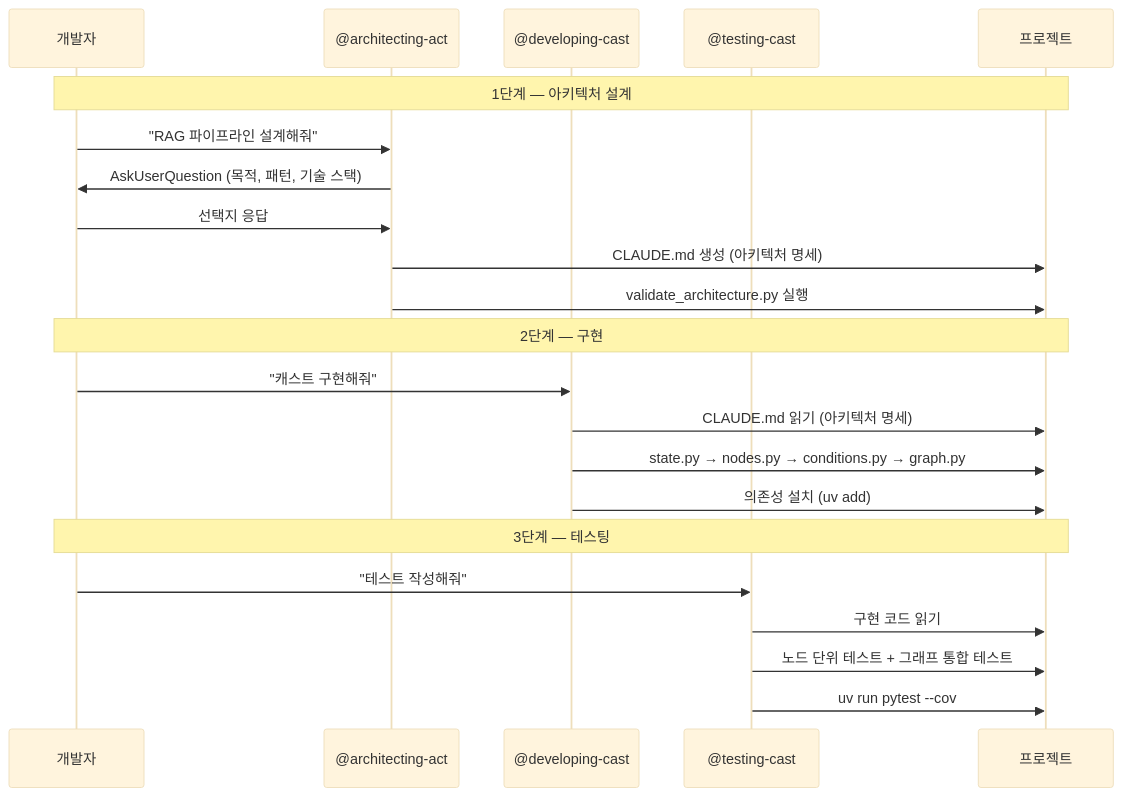
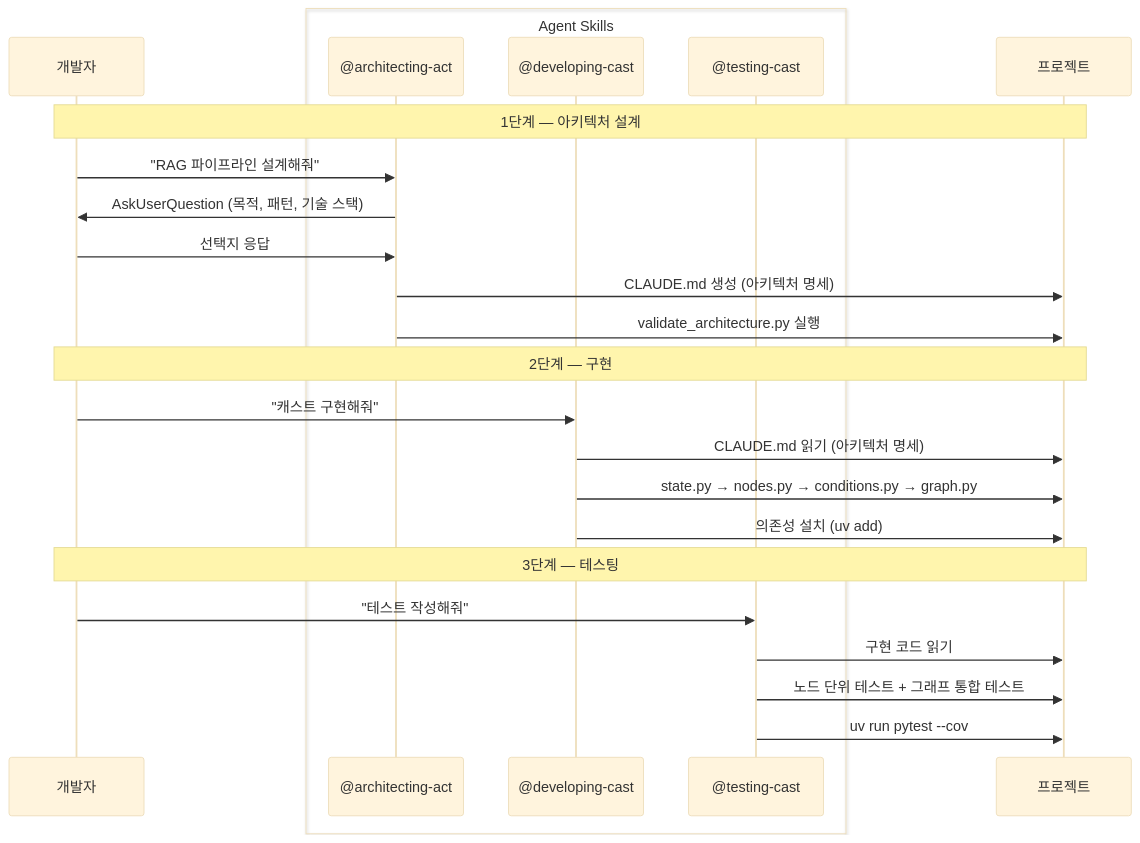
The third of 3 diagrams in README_KR.md (Proact0/act-operator), drawn with Mermaid (base theme) before and after one commit. The commit also changed other lines of this file and 1 other file, not shown here.

Commit message:
docs: restructure sequence diagram sections in README to group agent skills for better organization and clarity

````diff
--- a/README_KR.md
+++ b/README_KR.md
@@ -235,27 +224,29 @@
 ```mermaid
 sequenceDiagram
     participant U as 개발자
-    participant AA as @architecting-act
-    participant DC as @developing-cast
-    participant TC as @testing-cast
+    box Agent Skills
+        participant AA as @architecting-act
+        participant DC as @developing-cast
+        participant TC as @testing-cast
+    end
     participant P as 프로젝트
 
     Note over U,P: 1단계 — 아키텍처 설계
     U->>AA: "RAG 파이프라인 설계해줘"
     AA->>U: AskUserQuestion (목적, 패턴, 기술 스택)
     U->>AA: 선택지 응답
     AA->>P: CLAUDE.md 생성 (아키텍처 명세)
     AA->>P: validate_architecture.py 실행
 
     Note over U,P: 2단계 — 구현
     U->>DC: "캐스트 구현해줘"
     DC->>P: CLAUDE.md 읽기 (아키텍처 명세)
     DC->>P: state.py → nodes.py → conditions.py → graph.py
     DC->>P: 의존성 설치 (uv add)
 
     Note over U,P: 3단계 — 테스팅
     U->>TC: "테스트 작성해줘"
     TC->>P: 구현 코드 읽기
     TC->>P: 노드 단위 테스트 + 그래프 통합 테스트
     TC->>P: uv run pytest --cov
 ```
````
